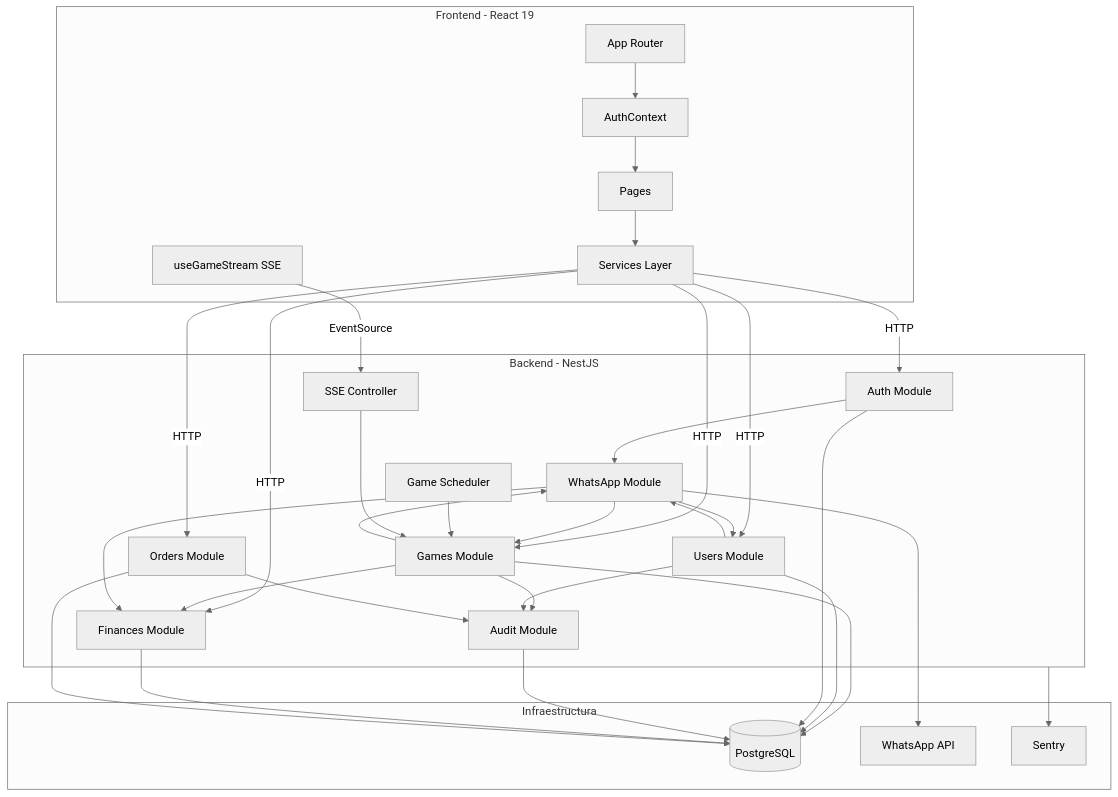
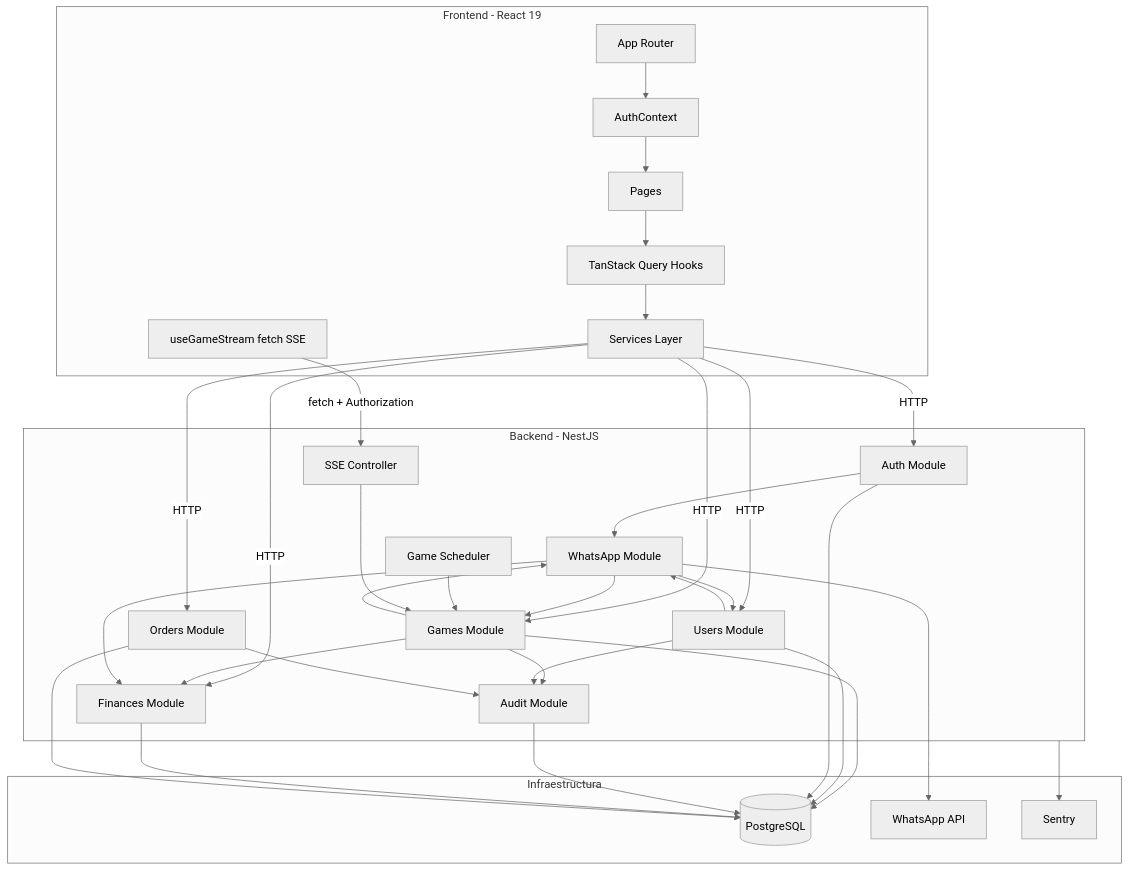
Before and after one commit to MiltonLn/zetas_list: the first of 5 diagrams in ARCHITECTURE.md, drawn with Mermaid (neutral theme). The commit also changed other lines of this file and 72 other files, not shown here.

First line of the commit message:
fix: harden architecture refactor and restore CI

````diff
--- a/ARCHITECTURE.md
+++ b/ARCHITECTURE.md
@@ -30,60 +30,62 @@
 ```mermaid
 graph TB
   subgraph client [Frontend - React 19]
     App[App Router]
     AuthCtx[AuthContext]
     Pages[Pages]
     Services[Services Layer]
-    SSE[useGameStream SSE]
+    Query[TanStack Query Hooks]
+    SSE[useGameStream fetch SSE]
   end
 
   subgraph server [Backend - NestJS]
     AuthMod[Auth Module]
     GamesMod[Games Module]
     UsersMod[Users Module]
     WaMod[WhatsApp Module]
     FinMod[Finances Module]
     OrdMod[Orders Module]
     AuditMod[Audit Module]
     Scheduler[Game Scheduler]
     SSECtrl[SSE Controller]
   end
 
   subgraph infra [Infraestructura]
     DB[(PostgreSQL)]
     WA[WhatsApp API]
     Sentry[Sentry]
   end
 
   App --> AuthCtx
   AuthCtx --> Pages
-  Pages --> Services
+  Pages --> Query
+  Query --> Services
   Services -->|HTTP| AuthMod
   Services -->|HTTP| GamesMod
   Services -->|HTTP| UsersMod
   Services -->|HTTP| FinMod
   Services -->|HTTP| OrdMod
-  SSE -->|EventSource| SSECtrl
+  SSE -->|fetch + Authorization| SSECtrl
 
   GamesMod --> DB
   UsersMod --> DB
   AuthMod --> DB
   AuditMod --> DB
   FinMod --> DB
   OrdMod --> DB
   GamesMod --> WaMod
   AuthMod --> WaMod
   UsersMod --> WaMod
   GamesMod --> FinMod
   WaMod --> GamesMod
   WaMod --> UsersMod
   WaMod --> FinMod
   Scheduler --> GamesMod
   WaMod --> WA
   GamesMod --> AuditMod
   UsersMod --> AuditMod
   OrdMod --> AuditMod
   SSECtrl --> GamesMod
 
   server --> Sentry
 ```
````
